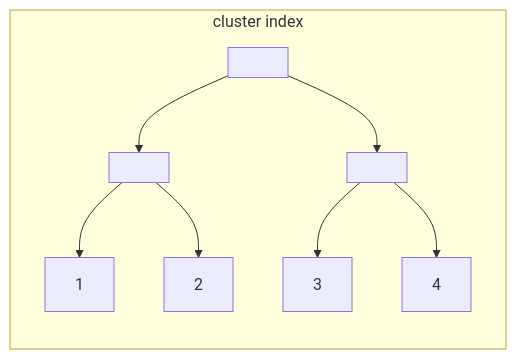
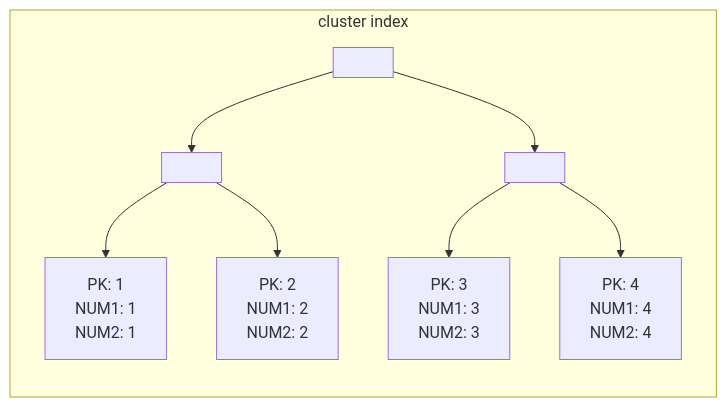
The third of 33 diagrams in memo.md (kunidesuyo/DB_index), drawn with Mermaid before and after one commit. The commit also changed other lines of this file, not shown here.

````diff
--- a/memo.md
+++ b/memo.md
@@ -83,10 +83,10 @@
 ```mermaid
 graph TB;
   subgraph cluster index
     direction TB;
     a[ ]-->b[ ];
     a-->c[ ];
-    b-->d[1] & e[2];
-    c-->f[3] & g[4];
+    b-->d[PK: 1<br>NUM1: 1<br>NUM2: 1] & e[PK: 2<br>NUM1: 2<br>NUM2: 2];
+    c-->f[PK: 3<br>NUM1: 3<br>NUM2: 3] & g[PK: 4<br>NUM1: 4<br>NUM2: 4];
   end
 ```
````
